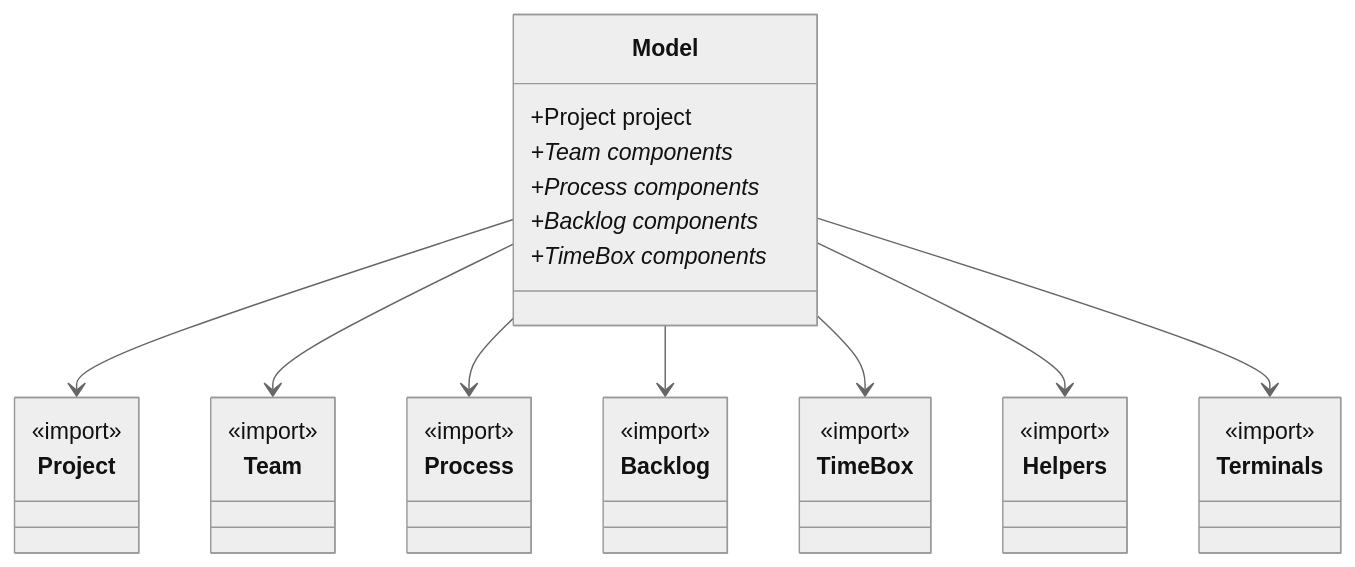
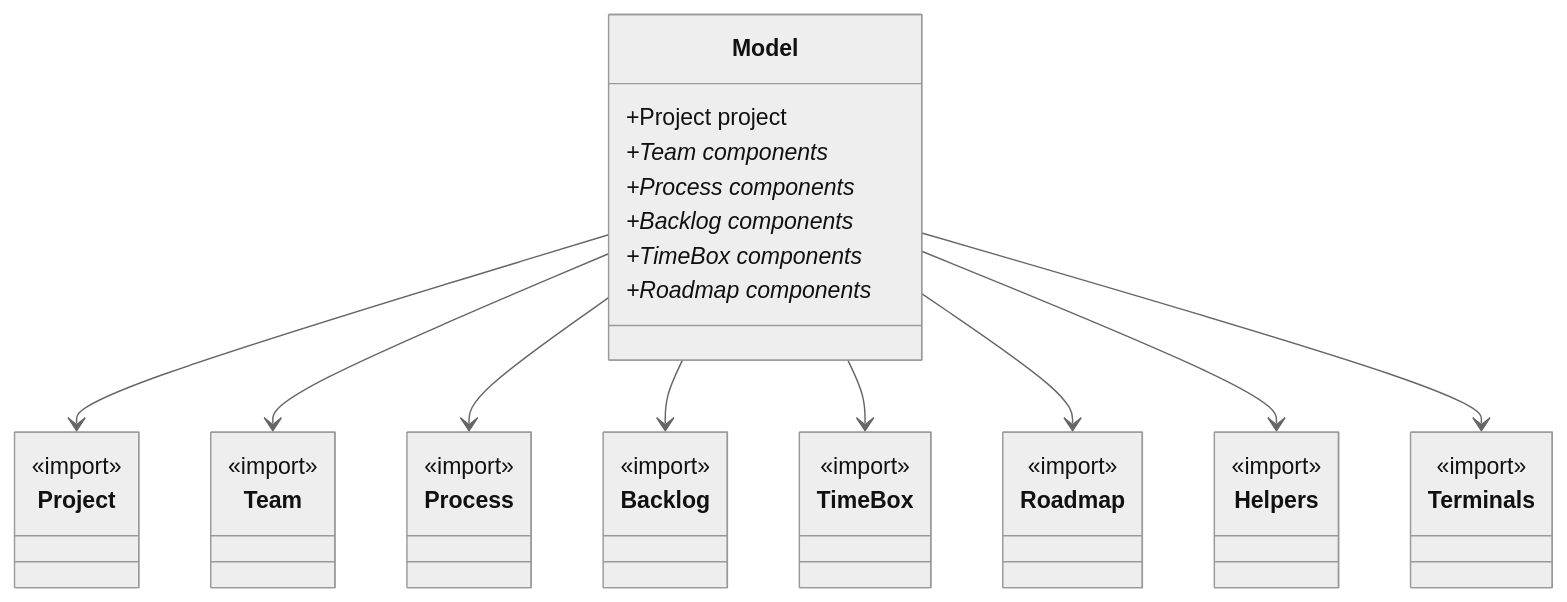
The first of 7 diagrams in docs/made/4_metamodel.md (leds-org/leds-tools-public), drawn with Mermaid (neutral theme) before and after one commit. The commit also changed other lines of this file and 12 other files, not shown here.

````diff
--- a/docs/made/4_metamodel.md
+++ b/docs/made/4_metamodel.md
@@ -8,49 +8,55 @@
 ```mermaid
 
 classDiagram
     class Model {
         +Project project
         +Team components*
         +Process components*
         +Backlog components*
         +TimeBox components*
+        +Roadmap components*
     }
     
     class Project {
         <<import>>
     }
 
     class Team {
         <<import>>
     }
 
     class Process {
         <<import>>
     }
 
     class Backlog {
         <<import>>
     }
 
     class TimeBox {
         <<import>>
     }
 
+    class Roadmap {
+        <<import>>
+    }
+
     class Helpers {
         <<import>>
     }
 
     class Terminals {
         <<import>>
     }
 
     Model --> Project
     Model --> Team
     Model --> Process
     Model --> Backlog
     Model --> TimeBox
+    Model --> Roadmap
     Model --> Helpers
     Model --> Terminals
 
 
 ```
````
